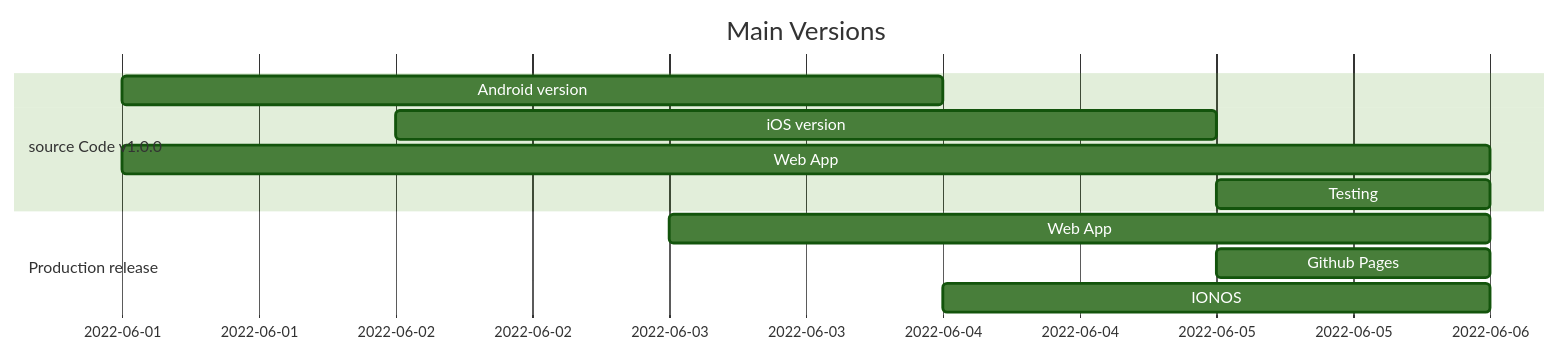
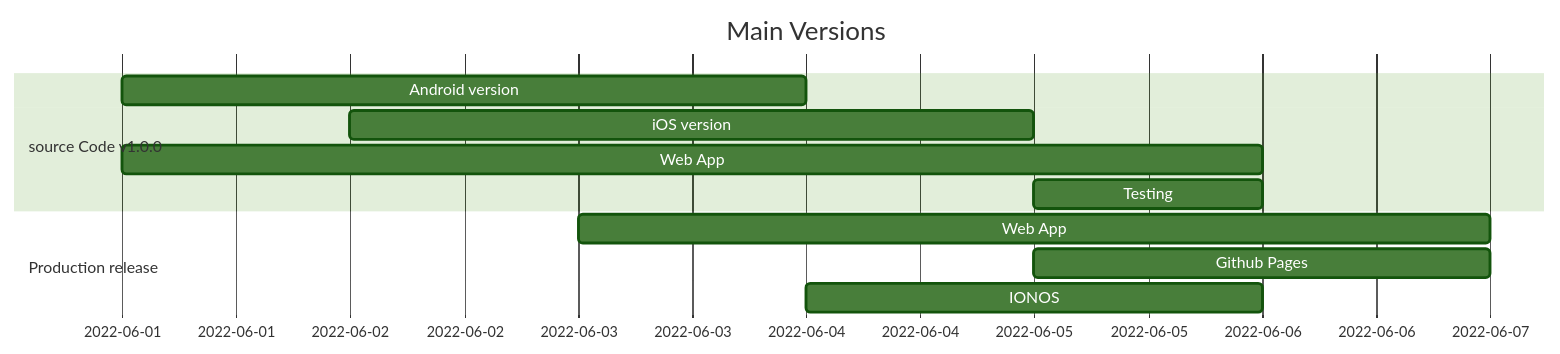
Before and after one commit to ThomasByr/galapsbs: the diagram in README.md, drawn with Mermaid (forest theme).

Commit message:
latest version of README file

````diff
--- a/README.md
+++ b/README.md
@@ -96,17 +96,17 @@
 ```mermaid
 gantt
     title Main Versions
     dateFormat YYYY-MM-DD
 
     section source Code v1.0.0
     Android version : 2022-06-01, 3d
     iOS version     : 2022-06-02, 3d
     Web App         : 2022-06-01, 5d
     Testing         : 2022-06-05, 1d
 
     section Production release
-    Web App      : 2022-06-03, 3d
-    Github Pages : 2022-06-05, 1d
+    Web App      : 2022-06-03, 4d
+    Github Pages : 2022-06-05, 2d
     IONOS        : 2022-06-04, 2d
 
 ```
````
